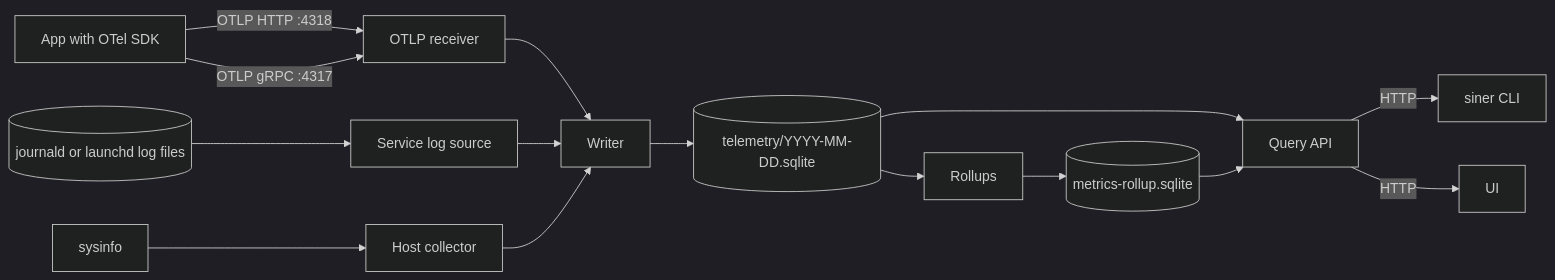
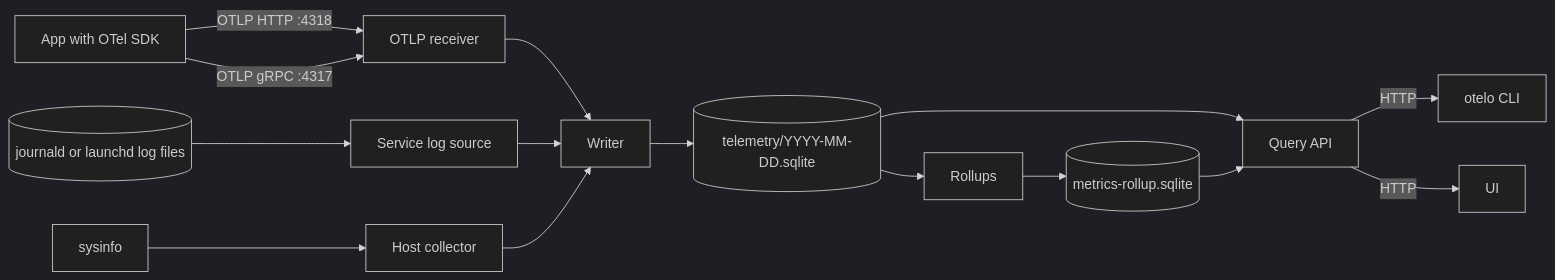
The first of 2 diagrams in docs/telemetry.md (sukovanej/otelo), drawn with Mermaid (dark theme) before and after one commit. The commit also changed other lines of this file, not shown here.

````diff
--- a/docs/telemetry.md
+++ b/docs/telemetry.md
@@ -9,17 +9,17 @@
 ```mermaid
 flowchart LR
   app[App with OTel SDK] -->|OTLP HTTP :4318| recv[OTLP receiver]
   app -->|OTLP gRPC :4317| recv
   journal[(journald or launchd log files)] --> tail[Service log source]
   sys[sysinfo] --> host[Host collector]
   recv --> writer[Writer]
   tail --> writer
   host --> writer
   writer --> day[(telemetry/YYYY-MM-DD.sqlite)]
   day --> rollup[Rollups]
   rollup --> agg[(metrics-rollup.sqlite)]
   day --> api[Query API]
   agg --> api
-  api -->|HTTP| cli[siner CLI]
+  api -->|HTTP| cli[otelo CLI]
   api -->|HTTP| ui[UI]
 ```
````
